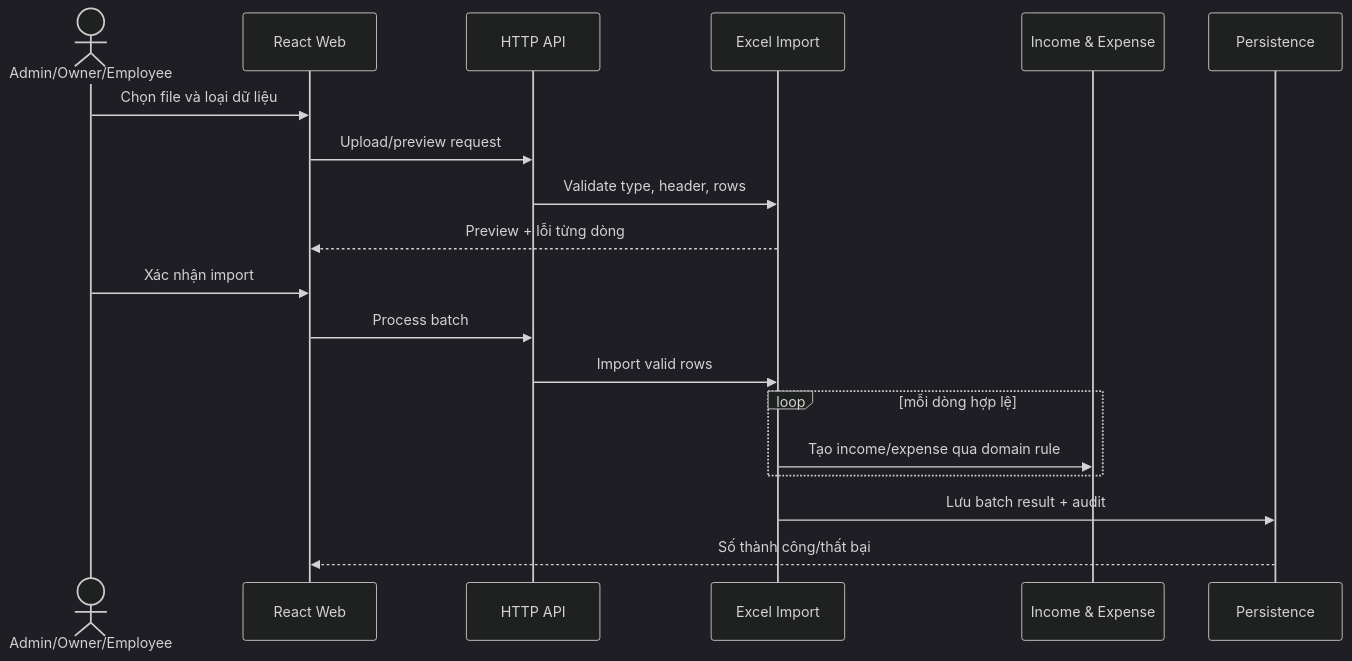
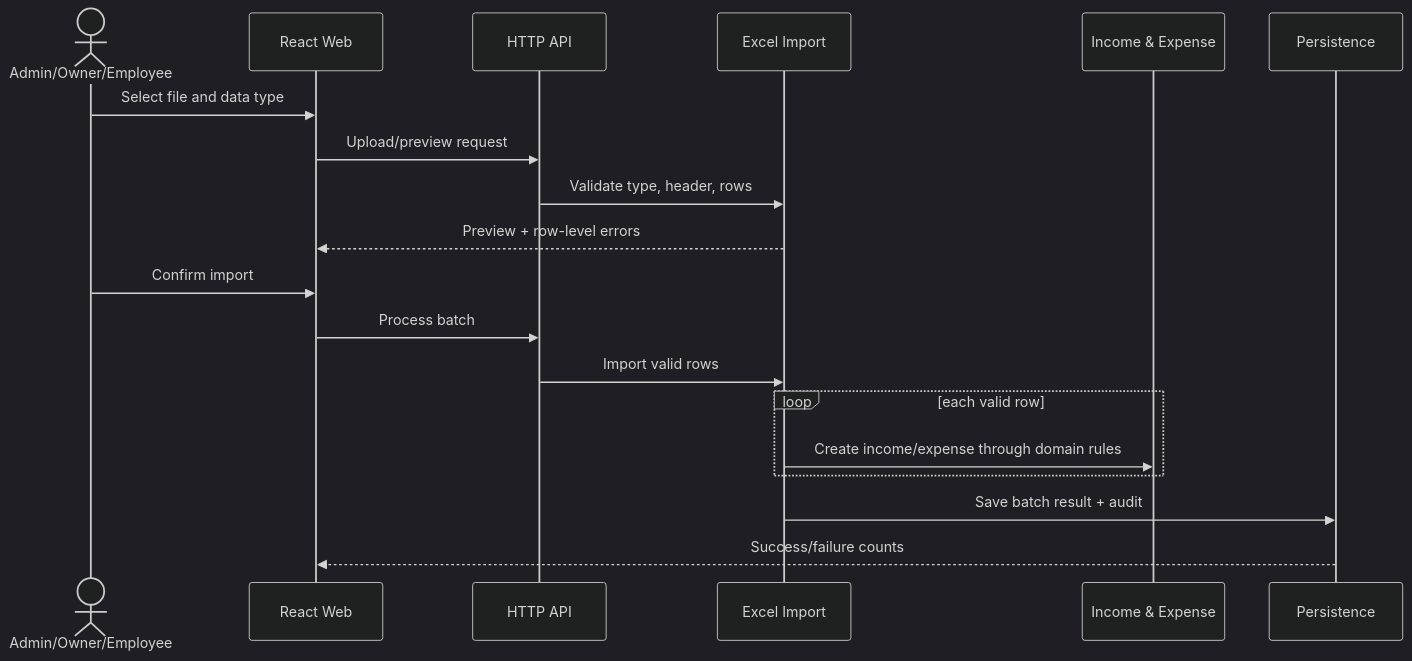
One commit to PhamHiep948/finance-manager changed the third of 4 diagrams in docs/architecture/arc42/06-runtime-view.md. Above: the diagram before and after it, drawn with Mermaid (dark theme). The commit also changed other lines of this file and 16 other files, not shown here.

````diff
--- a/docs/architecture/arc42/06-runtime-view.md
+++ b/docs/architecture/arc42/06-runtime-view.md
@@ -55,21 +55,21 @@
 ```mermaid
 sequenceDiagram
     actor U as Admin/Owner/Employee
     participant W as React Web
     participant A as HTTP API
     participant X as Excel Import
     participant L as Income & Expense
     participant R as Persistence
-    U->>W: Chọn file và loại dữ liệu
+    U->>W: Select file and data type
     W->>A: Upload/preview request
     A->>X: Validate type, header, rows
-    X-->>W: Preview + lỗi từng dòng
-    U->>W: Xác nhận import
+    X-->>W: Preview + row-level errors
+    U->>W: Confirm import
     W->>A: Process batch
     A->>X: Import valid rows
-    loop mỗi dòng hợp lệ
-        X->>L: Tạo income/expense qua domain rule
+    loop each valid row
+        X->>L: Create income/expense through domain rules
     end
-    X->>R: Lưu batch result + audit
-    R-->>W: Số thành công/thất bại
+    X->>R: Save batch result + audit
+    R-->>W: Success/failure counts
 ```
````
